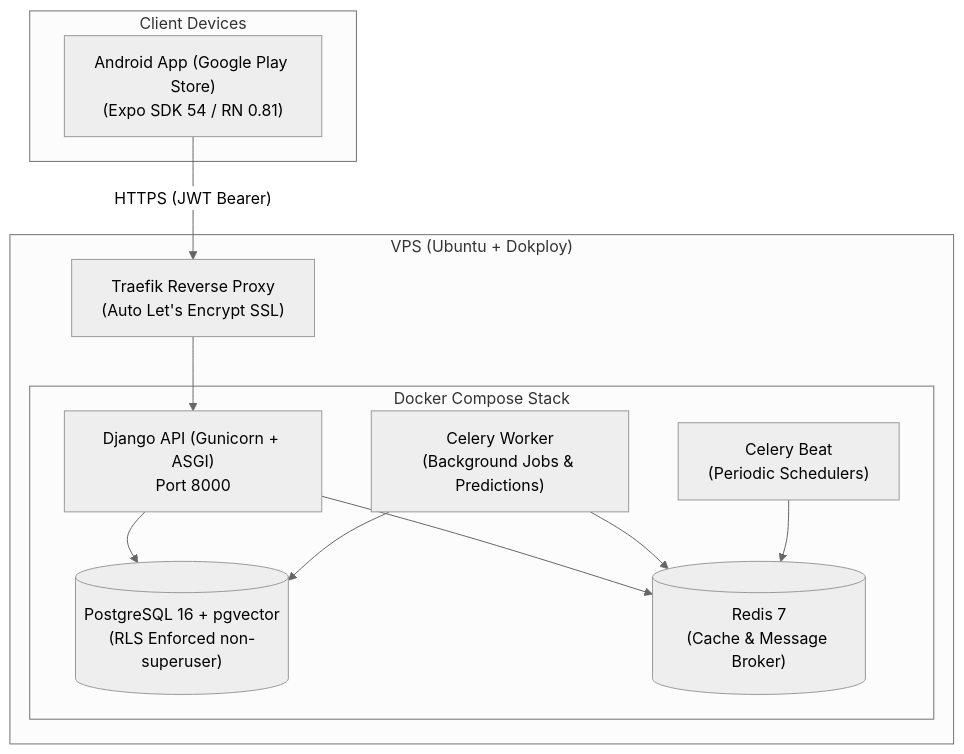
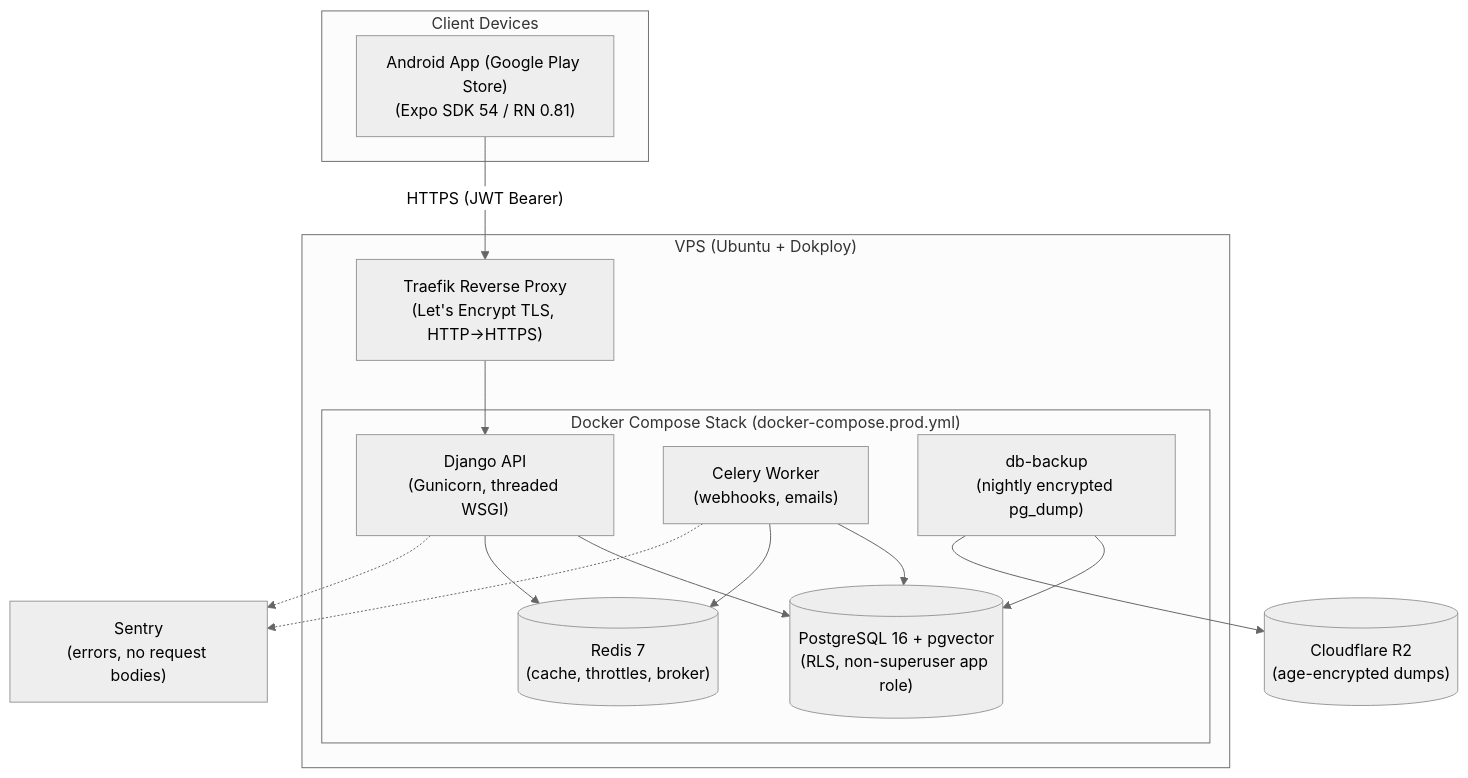
One commit to raisatabassumkabir/Period-and-Pregnancy-Tracker-App changed the diagram in DEPLOYMENT.md. Above: the diagram before and after it, drawn with Mermaid (neutral theme). The commit also changed other lines of this file and 4 other files, not shown here.

````diff
--- a/DEPLOYMENT.md
+++ b/DEPLOYMENT.md
@@ -9,26 +9,32 @@
 ```mermaid
 graph TD
     subgraph Client ["Client Devices"]
         Mobile["Android App (Google Play Store)<br/>(Expo SDK 54 / RN 0.81)"]
     end
 
     subgraph VPS ["VPS (Ubuntu + Dokploy)"]
-        Traefik["Traefik Reverse Proxy<br/>(Auto Let's Encrypt SSL)"]
-        
-        subgraph DockerStack ["Docker Compose Stack"]
-            Web["Django API (Gunicorn + ASGI)<br/>Port 8000"]
-            Worker["Celery Worker<br/>(Background Jobs & Predictions)"]
-            Beat["Celery Beat<br/>(Periodic Schedulers)"]
-            DB[("PostgreSQL 16 + pgvector<br/>(RLS Enforced non-superuser)")]
-            Redis[("Redis 7<br/>(Cache & Message Broker)")]
+        Traefik["Traefik Reverse Proxy<br/>(Let's Encrypt TLS, HTTP→HTTPS)"]
+
+        subgraph DockerStack ["Docker Compose Stack (docker-compose.prod.yml)"]
+            Web["Django API<br/>(Gunicorn, threaded WSGI)"]
+            Worker["Celery Worker<br/>(webhooks, emails)"]
+            DB[("PostgreSQL 16 + pgvector<br/>(RLS, non-superuser app role)")]
+            Redis[("Redis 7<br/>(cache, throttles, broker)")]
+            Backup["db-backup<br/>(nightly encrypted pg_dump)"]
         end
     end
+
+    R2[("Cloudflare R2<br/>(age-encrypted dumps)")]
+    Sentry["Sentry<br/>(errors, no request bodies)"]
 
     Mobile -->|"HTTPS (JWT Bearer)"| Traefik
     Traefik --> Web
     Web --> DB
     Web --> Redis
     Worker --> DB
     Worker --> Redis
-    Beat --> Redis
+    Backup --> DB
+    Backup --> R2
+    Web -.-> Sentry
+    Worker -.-> Sentry
 ```
````
